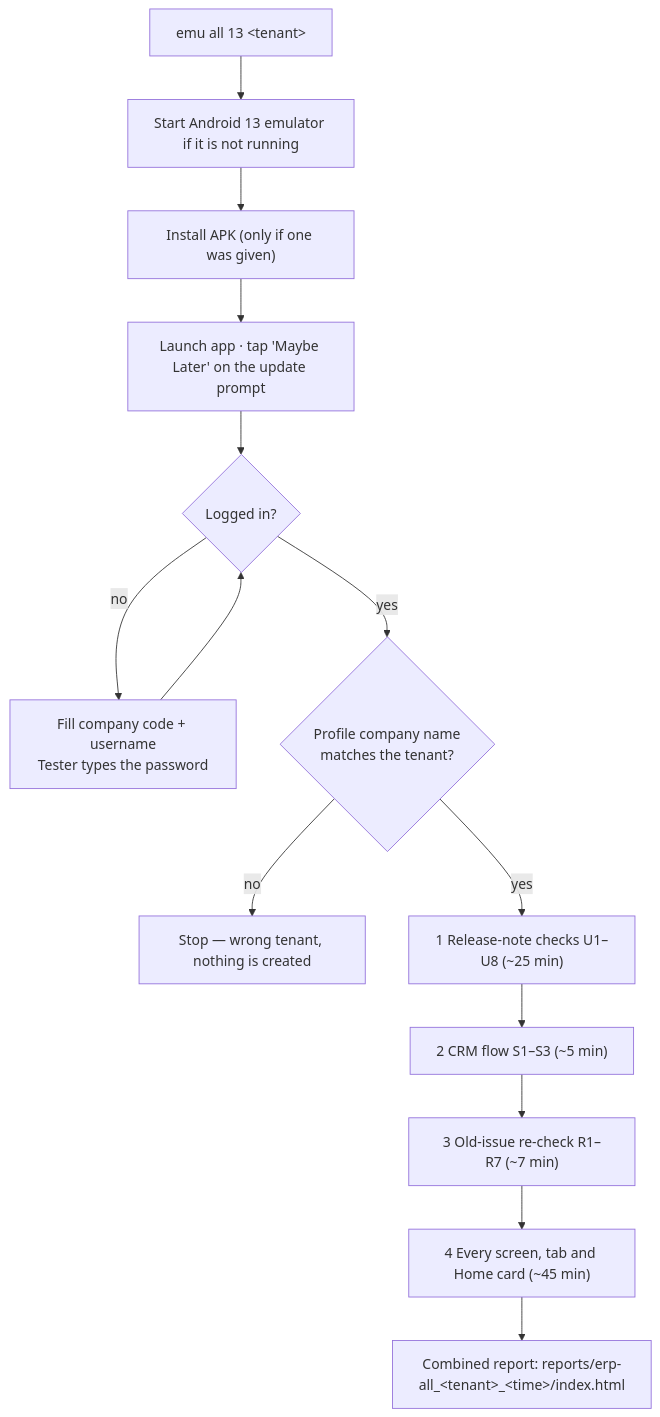
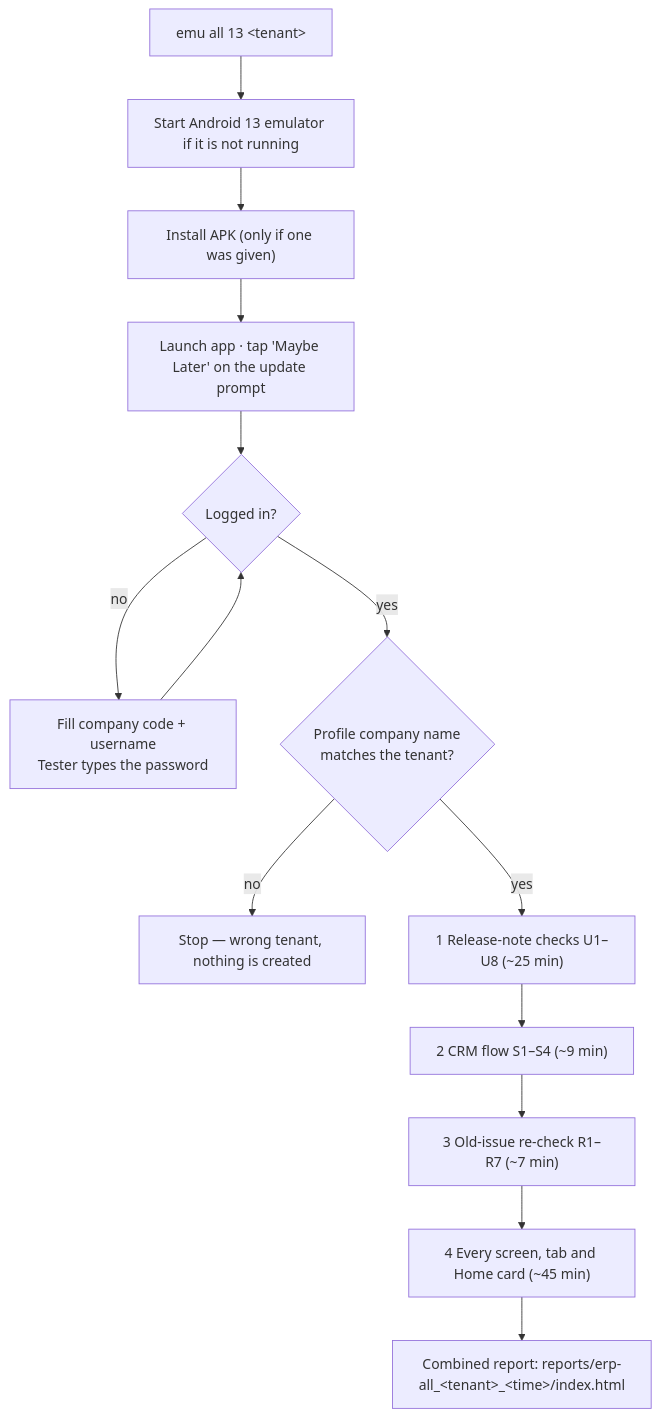
One commit to vismayatk/Progbiz-erp-testers changed the first of 2 diagrams in mobile/docs/TEST-FLOW.md. Above: the diagram before and after it, drawn with Mermaid. The commit also changed other lines of this file and 9 other files, not shown here.

First line of the commit message:
Add quotation flow with PDF check, emulator DNS fix and code docs

````diff
--- a/mobile/docs/TEST-FLOW.md
+++ b/mobile/docs/TEST-FLOW.md
@@ -8,16 +8,16 @@
 ```mermaid
 flowchart TD
     A["emu all 13 &lt;tenant&gt;"] --> B["Start Android 13 emulator if it is not running"]
     B --> C["Install APK (only if one was given)"]
     C --> D["Launch app · tap 'Maybe Later' on the update prompt"]
     D --> E{"Logged in?"}
     E -- no --> F["Fill company code + username<br/>Tester types the password"]
     F --> E
     E -- yes --> G{"Profile company name<br/>matches the tenant?"}
     G -- no --> X["Stop — wrong tenant, nothing is created"]
     G -- yes --> H["1 Release-note checks U1–U8 (~25 min)"]
-    H --> I["2 CRM flow S1–S3 (~5 min)"]
+    H --> I["2 CRM flow S1–S4 (~9 min)"]
     I --> J["3 Old-issue re-check R1–R7 (~7 min)"]
     J --> K["4 Every screen, tab and Home card (~45 min)"]
     K --> L["Combined report: reports/erp-all_&lt;tenant&gt;_&lt;time&gt;/index.html"]
 ```
````
